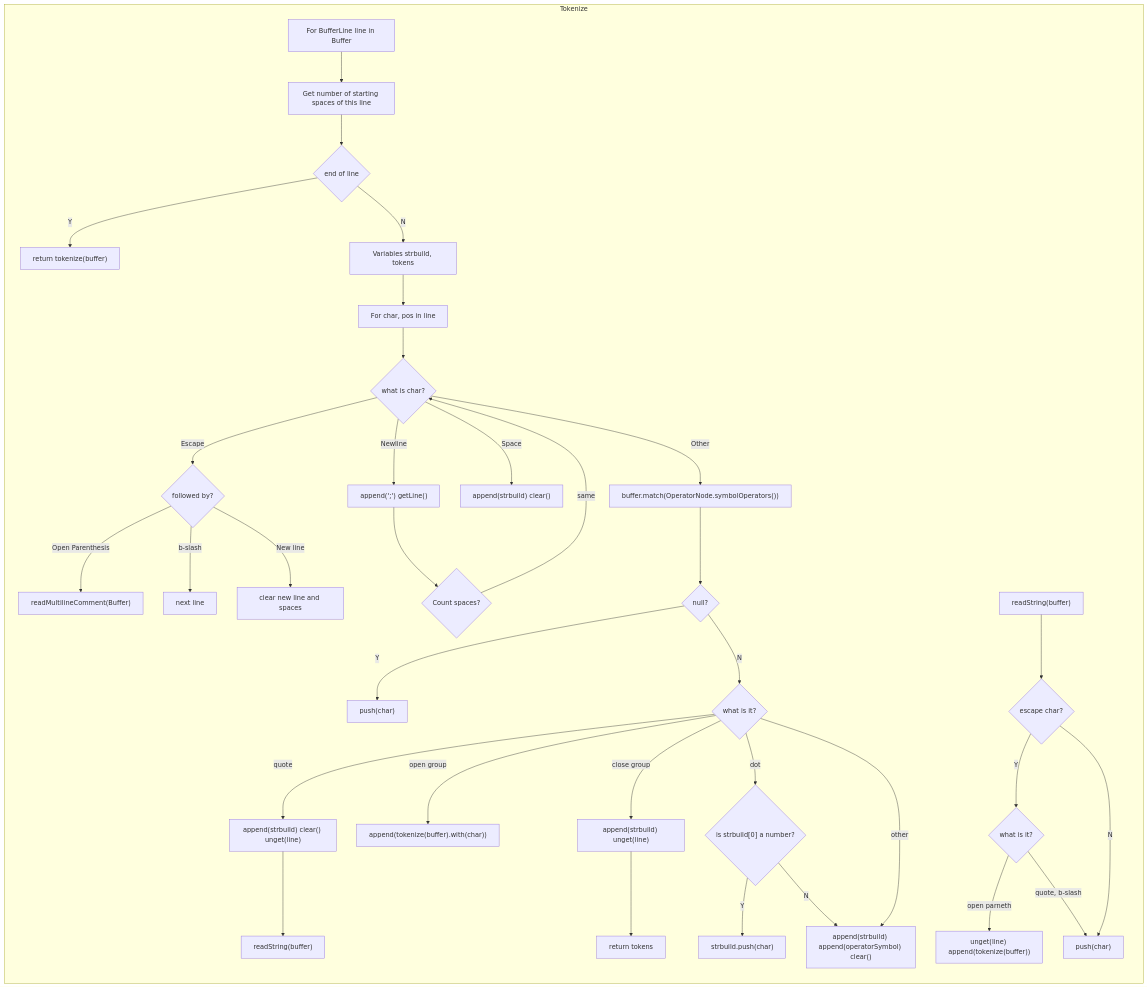
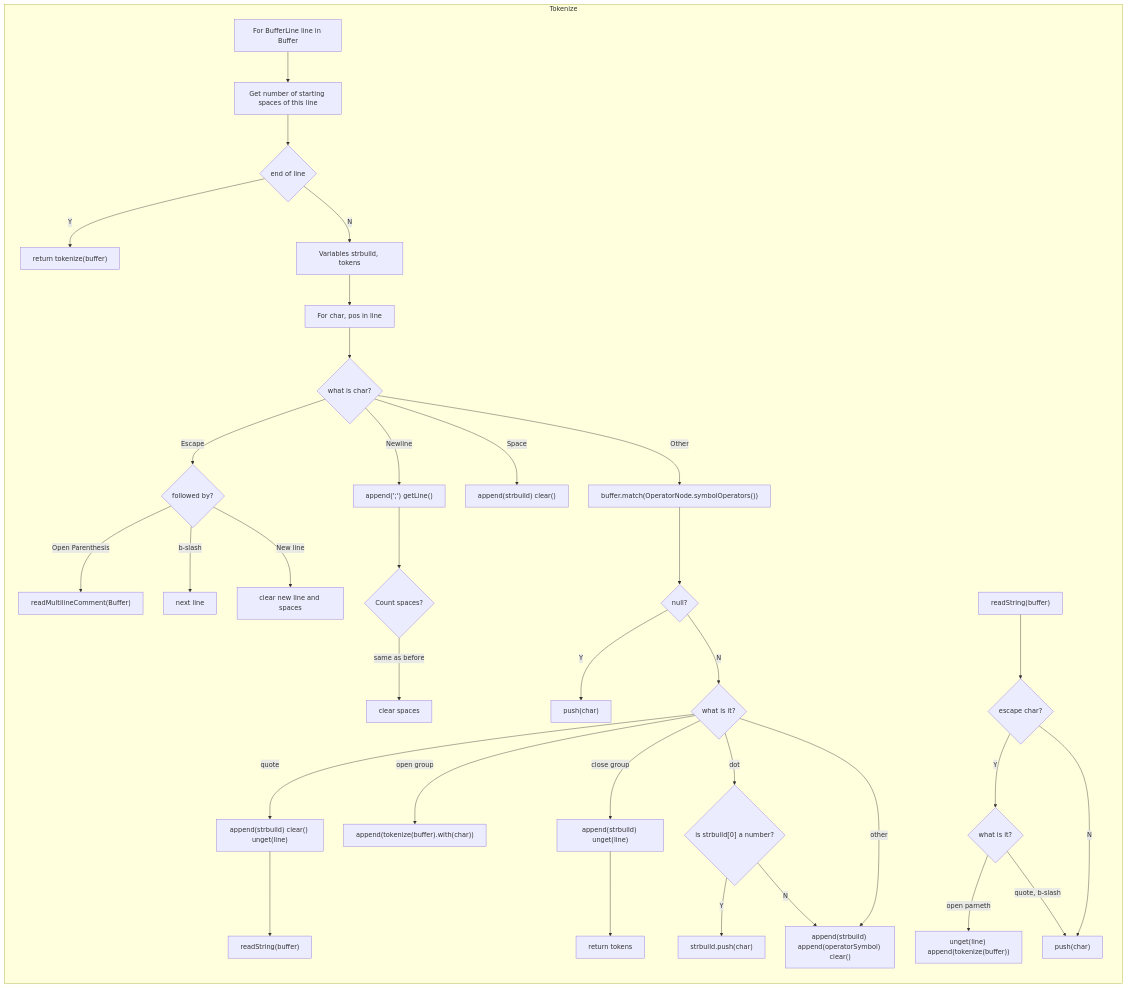
The eighth of 8 diagrams in Implementation.md (Jzhyang1/Monomer), drawn with Mermaid before and after one commit. The commit also changed other lines of this file, not shown here.

Commit message:
Implementation.md updated from https://stackedit.io/

````diff
--- a/Implementation.md
+++ b/Implementation.md
@@ -259,39 +259,39 @@
 ```mermaid
 graph LR
 subgraph sg1["Tokenize"]
 	A[For BufferLine line in Buffer] --> B[Get number of starting spaces of this line]
 	--> C1{end of line}
 	C1 -- Y --> C2["return tokenize(buffer)"]
 	C1 -- N --> C[Variables strbuild, tokens]
 	 --> D[For char, pos in line] 
 	 --> E{what is char?}
 	E -- Escape --> E1{followed by?}
 	E1 --"Open Parenthesis"--> E11["readMultilineComment(Buffer)"]
 	E1 --"b-slash"--> E12[next line]
 	E1 --"New line"--> E13[clear new line and spaces]
 	E -- Newline --> E2["append(';') getLine()"]
 	--> EA{Count spaces?}
-	EA -- same -->
+	EA -- "same as before" --> EA1[clear spaces]
 	E -- Space --> E3["append(strbuild) clear()"]
 	E -- Other --> F["buffer.match(OperatorNode.symbolOperators())"]
 	F --> G{null?}
 	G -- Y --> H["push(char)"]
 	G -- N --> Z{what is it?}
 	Z -- quote --> J["append(strbuild) clear() unget(line)"]
 	J --> P["readString(buffer)"] 
 	Z -- "open group"
 	 --> AC["append(tokenize(buffer).with(char))"]
 	Z -- "close group" --> BA["append(strbuild) unget(line)"]
 	--> BB[return tokens]
 	Z -- dot --> K{"is strbuild[0] a number?"}
 	K -- Y --> L["strbuild.push(char)"]
 	K -- N --> I
 	Z -- other --> I["append(strbuild) append(operatorSymbol) clear()"]
 
 AP["readString(buffer)"] --> Q{escape char?}
 	Q -- Y --> R{what is it?}
 	R -- "open parneth" --> T["unget(line) append(tokenize(buffer))"]
 	R -- "quote, b-slash" --> S
 	Q -- N --> S["push(char)"]
 end
 ```
````
